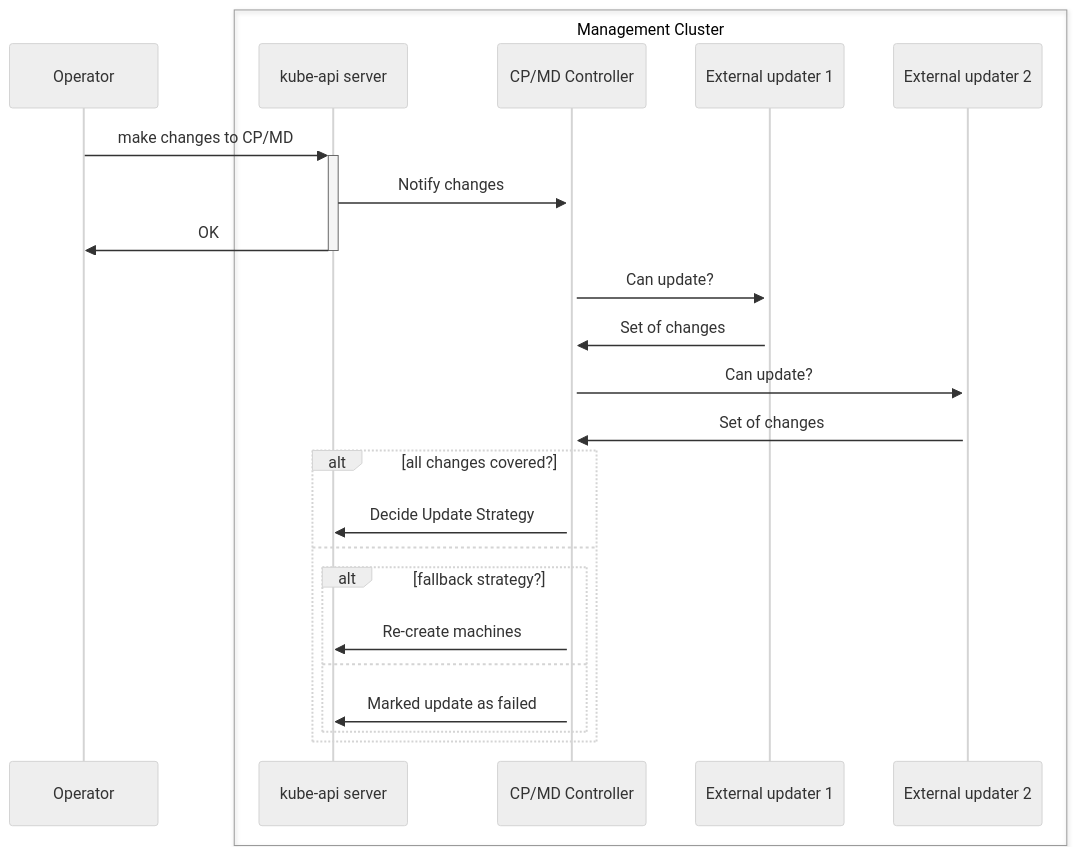
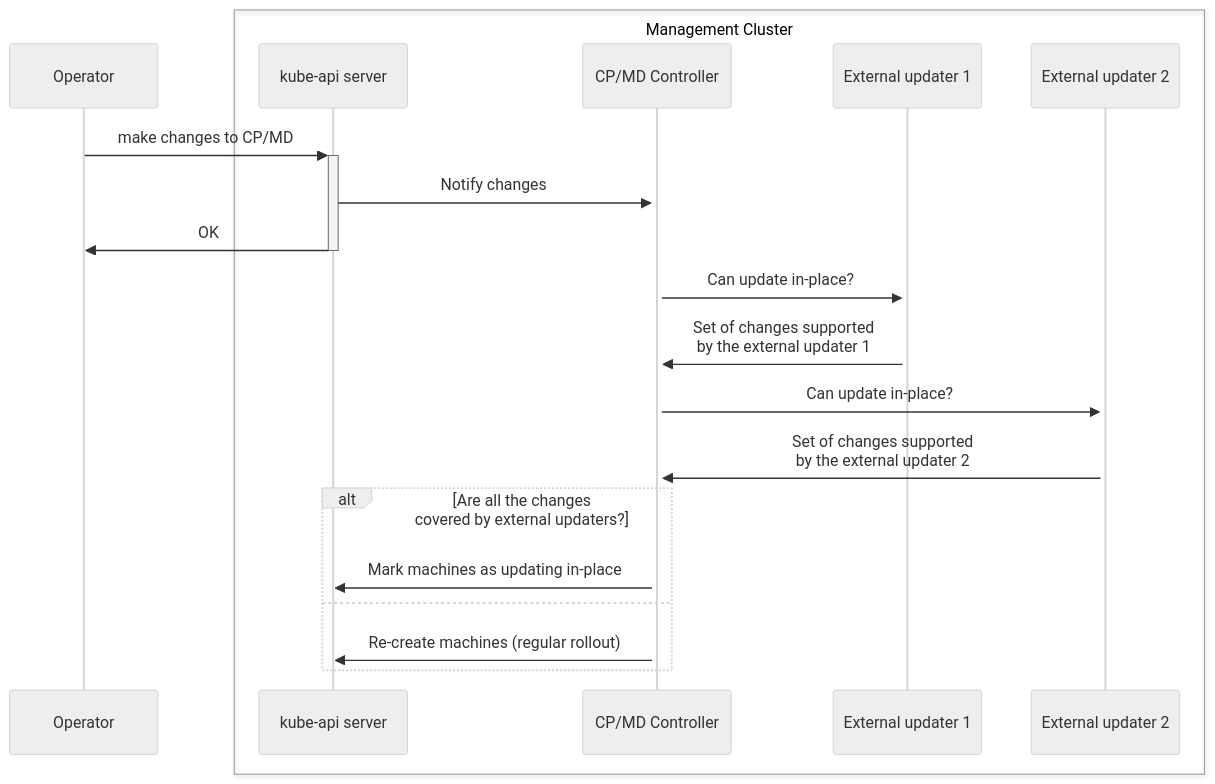
One commit to kubernetes-sigs/cluster-api changed the second of 5 diagrams in docs/proposals/20240807-in-place-updates.md. Above: the diagram before and after it, drawn with Mermaid (neutral theme). The commit also changed other lines of this file and 8 other files, not shown here.

````diff
--- a/docs/proposals/20240807-in-place-updates.md
+++ b/docs/proposals/20240807-in-place-updates.md
@@ -235,28 +241,24 @@
 ```mermaid
 sequenceDiagram
     participant Operator
 
     box Management Cluster
         participant apiserver as kube-api server
         participant capi as CP/MD Controller
         participant hook as External updater 1
         participant hook2 as External updater 2
     end
 
     Operator->>+apiserver: make changes to CP/MD
     apiserver->>+capi: Notify changes
     apiserver->>-Operator: OK
-    capi->>+hook: Can update?
-    hook->>capi: Set of changes
-    capi->>+hook2: Can update?
-    hook2->>capi: Set of changes
-    alt all changes covered?
-        capi->>apiserver: Decide Update Strategy
+    capi->>+hook: Can update in-place?
+    hook->>capi: Set of changes supported<br/>by the external updater 1
+    capi->>+hook2: Can update in-place?
+    hook2->>capi: Set of changes supported<br/>by the external updater 2
+    alt Are all the changes <br/> covered by external updaters?
+        capi->>apiserver: Mark machines as updating in-place
     else
-        alt fallback strategy?
-            capi->>apiserver: Re-create machines
-        else
-            capi->>apiserver: Marked update as failed
-        end
+        capi->>apiserver: Re-create machines (regular rollout)
     end
 ```
````
